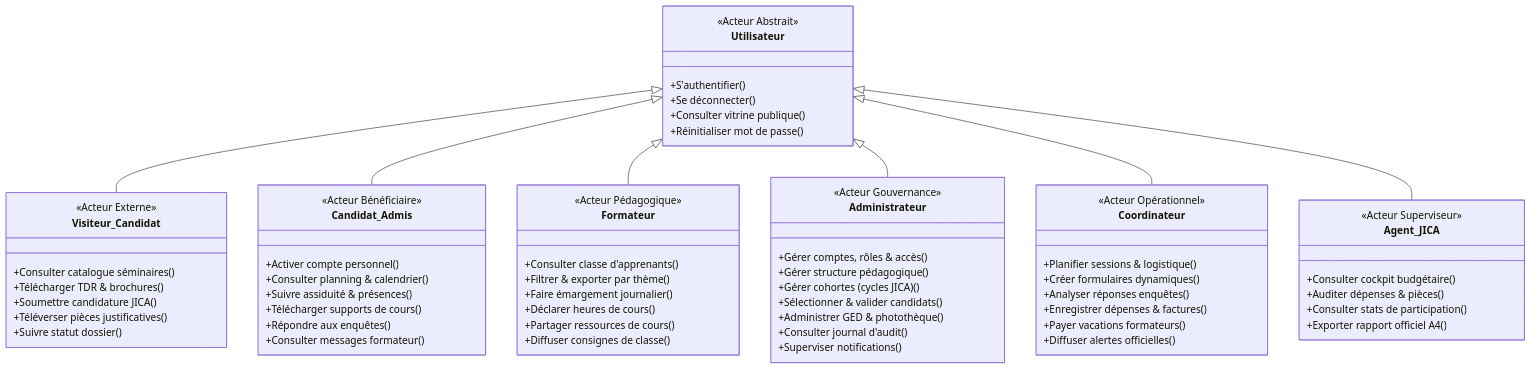
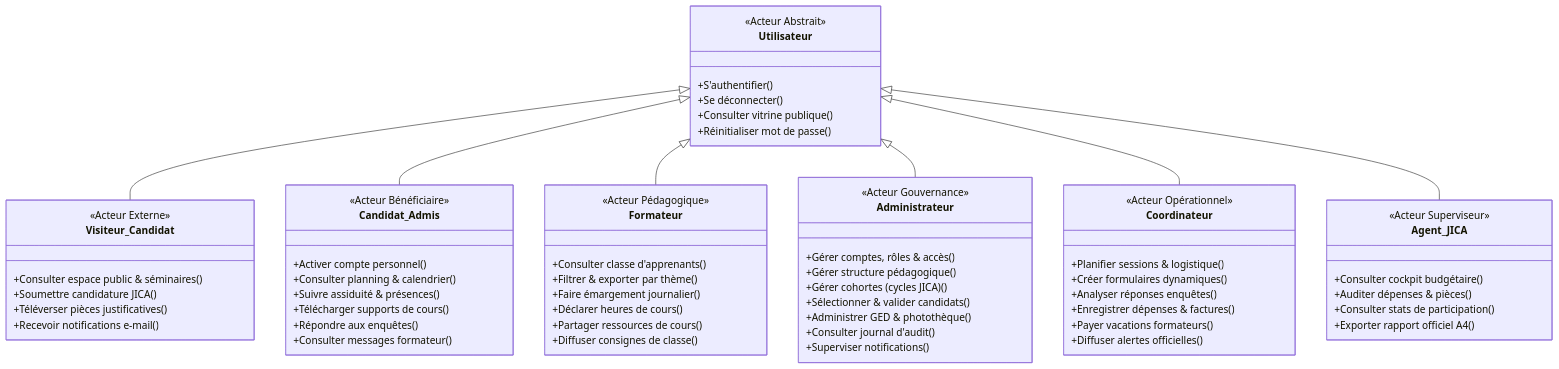
Before and after one commit to amzeekamara/cfpt-manager: the first of 9 diagrams in DIAGRAMME_CAS_UTILISATION.md, drawn with Mermaid. The commit also changed other lines of this file and 2 other files, not shown here.

Commit message:
docs: refine visitor use cases (consult public space/seminars, submit form, upload docs, receive email status)

````diff
--- a/DIAGRAMME_CAS_UTILISATION.md
+++ b/DIAGRAMME_CAS_UTILISATION.md
@@ -54,76 +53,75 @@
 ```mermaid
 classDiagram
     direction TB
     class Utilisateur {
         <<Acteur Abstrait>>
         +S'authentifier()
         +Se déconnecter()
         +Consulter vitrine publique()
         +Réinitialiser mot de passe()
     }
 
     class Visiteur_Candidat {
         <<Acteur Externe>>
-        +Consulter catalogue séminaires()
-        +Télécharger TDR & brochures()
+        +Consulter espace public & séminaires()
         +Soumettre candidature JICA()
         +Téléverser pièces justificatives()
-        +Suivre statut dossier()
+        +Recevoir notifications e-mail()
     }
 
     class Candidat_Admis {
         <<Acteur Bénéficiaire>>
         +Activer compte personnel()
         +Consulter planning & calendrier()
         +Suivre assiduité & présences()
         +Télécharger supports de cours()
         +Répondre aux enquêtes()
         +Consulter messages formateur()
     }
 
     class Formateur {
         <<Acteur Pédagogique>>
         +Consulter classe d'apprenants()
         +Filtrer & exporter par thème()
         +Faire émargement journalier()
         +Déclarer heures de cours()
         +Partager ressources de cours()
         +Diffuser consignes de classe()
     }
 
     class Administrateur {
         <<Acteur Gouvernance>>
         +Gérer comptes, rôles & accès()
         +Gérer structure pédagogique()
         +Gérer cohortes (cycles JICA)()
         +Sélectionner & valider candidats()
         +Administrer GED & photothèque()
         +Consulter journal d'audit()
         +Superviser notifications()
     }
 
     class Coordinateur {
         <<Acteur Opérationnel>>
         +Planifier sessions & logistique()
         +Créer formulaires dynamiques()
         +Analyser réponses enquêtes()
         +Enregistrer dépenses & factures()
         +Payer vacations formateurs()
         +Diffuser alertes officielles()
     }
 
     class Agent_JICA {
         <<Acteur Superviseur>>
         +Consulter cockpit budgétaire()
         +Auditer dépenses & pièces()
         +Consulter stats de participation()
         +Exporter rapport officiel A4()
     }
 
     Utilisateur <|-- Visiteur_Candidat
     Utilisateur <|-- Candidat_Admis
     Utilisateur <|-- Formateur
     Utilisateur <|-- Administrateur
     Utilisateur <|-- Coordinateur
     Utilisateur <|-- Agent_JICA
 ```
````
